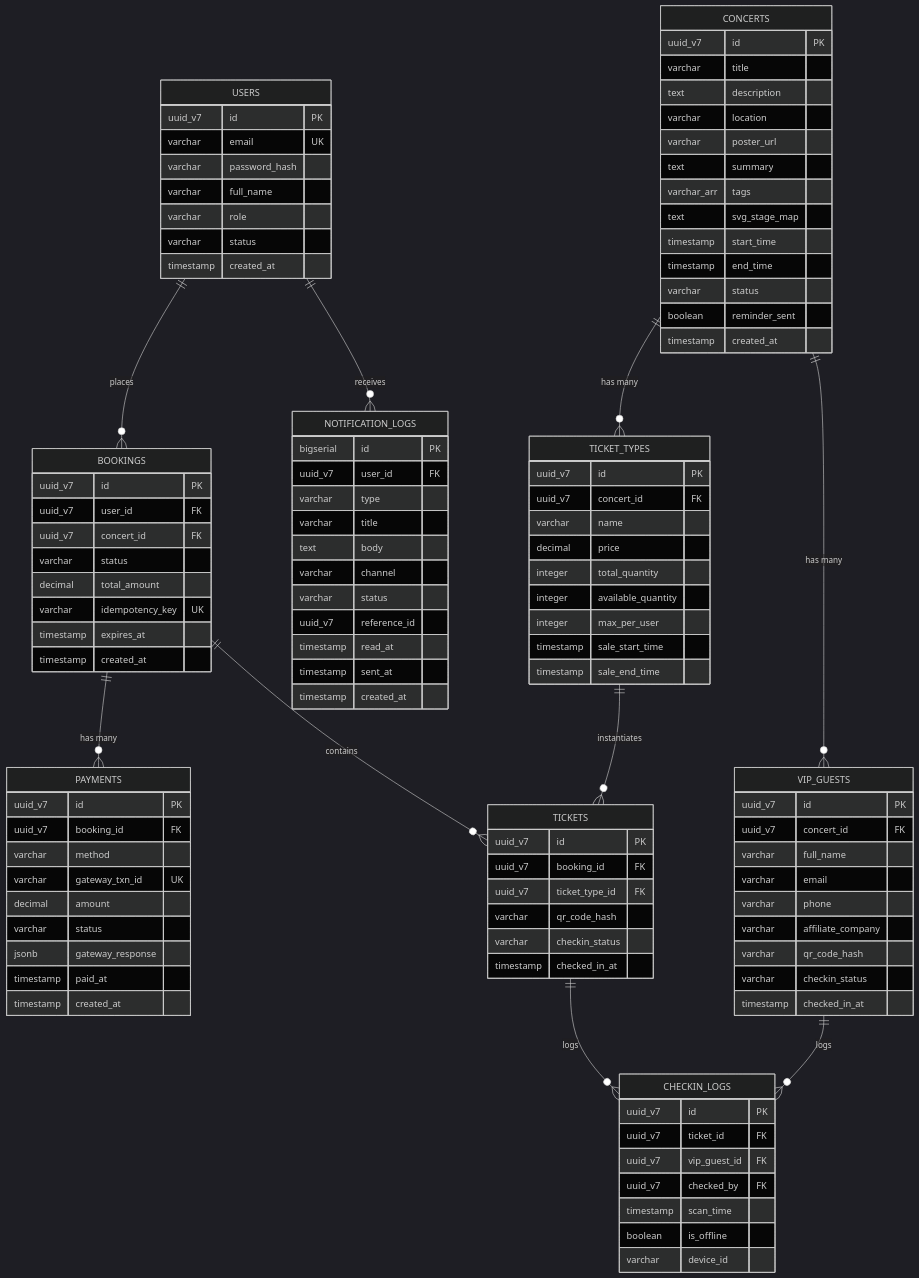
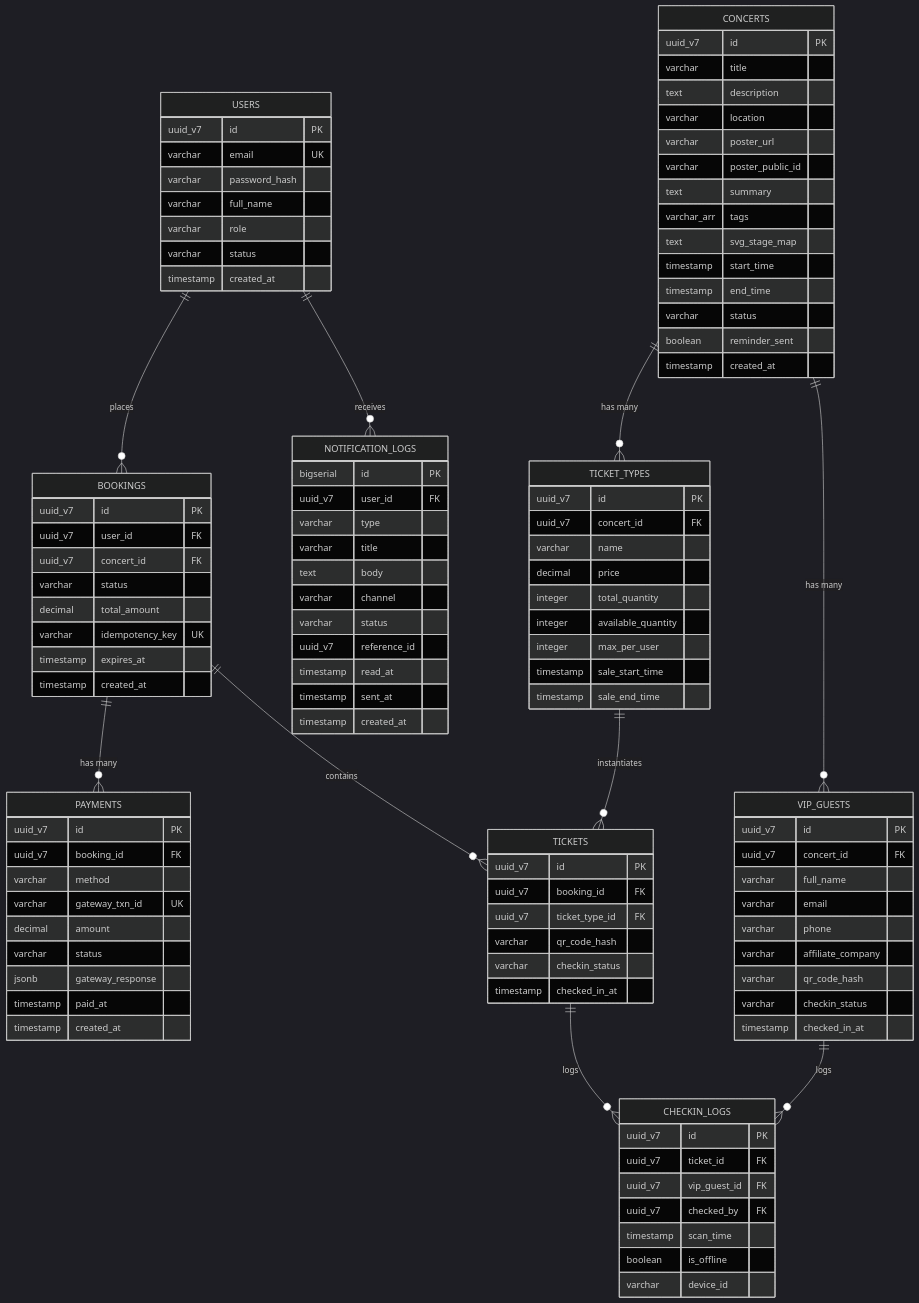
Before and after one commit to thuytranj/TicketBox: the fourth of 15 diagrams in docs/design.md, drawn with Mermaid (dark theme). The commit also changed other lines of this file and 14 other files, not shown here.

Commit message:
feat: add poster_public_id to concert entity and implement automatic Cloudinary asset cleanup on updates and deletion

```diff
--- a/docs/design.md
+++ b/docs/design.md
@@ -325,6 +325,7 @@
         text description
         varchar location
         varchar poster_url
+        varchar poster_public_id
         text summary
         varchar_arr tags
         text svg_stage_map
```
